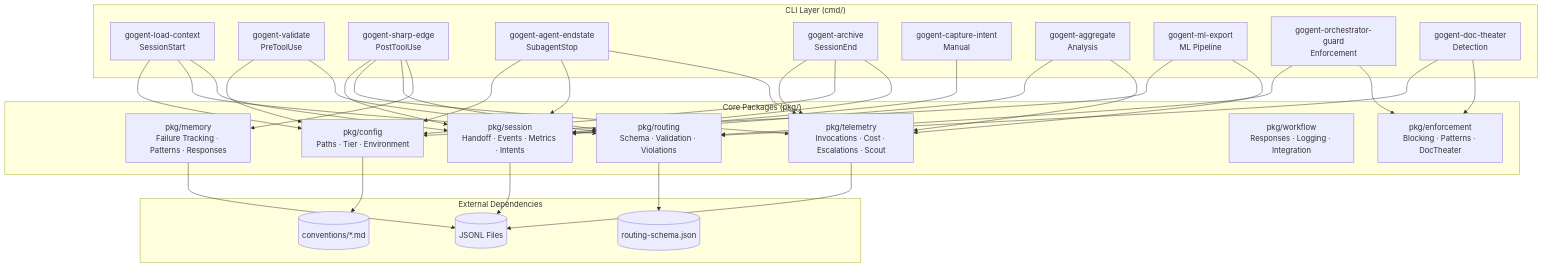
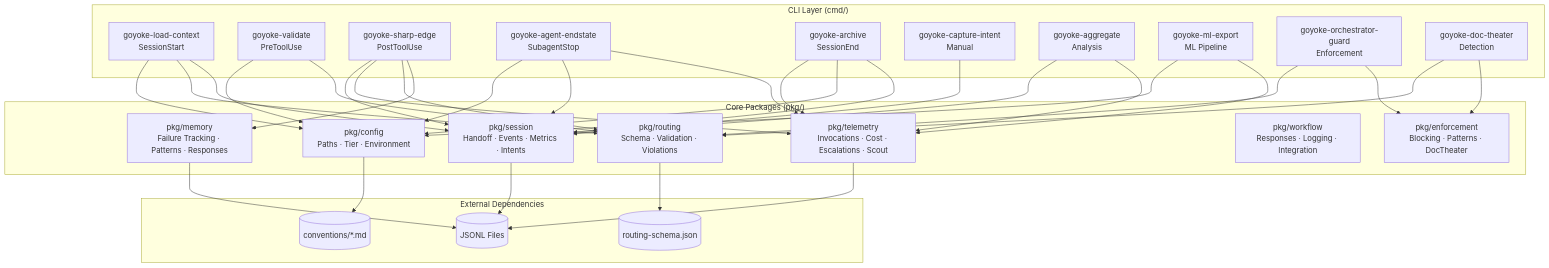
Before and after one commit to Bucket-Chemist/goYoke: the second of 6 diagrams in docs/systems-architecture-overview.md, drawn with Mermaid. The commit also changed other lines of this file and 90 other files, not shown here.

````diff
--- a/docs/systems-architecture-overview.md
+++ b/docs/systems-architecture-overview.md
@@ -275,73 +275,73 @@
 ```mermaid
 graph TD
     subgraph "CLI Layer (cmd/)"
-        loadcontext[gogent-load-context<br/>SessionStart]
-        validate[gogent-validate<br/>PreToolUse]
-        sharpedge[gogent-sharp-edge<br/>PostToolUse]
-        endstate[gogent-agent-endstate<br/>SubagentStop]
-        archive[gogent-archive<br/>SessionEnd]
-        intent[gogent-capture-intent<br/>Manual]
-        aggregate[gogent-aggregate<br/>Analysis]
-        mlexport[gogent-ml-export<br/>ML Pipeline]
-        orchguard[gogent-orchestrator-guard<br/>Enforcement]
-        doctheater[gogent-doc-theater<br/>Detection]
+        loadcontext[goyoke-load-context<br/>SessionStart]
+        validate[goyoke-validate<br/>PreToolUse]
+        sharpedge[goyoke-sharp-edge<br/>PostToolUse]
+        endstate[goyoke-agent-endstate<br/>SubagentStop]
+        archive[goyoke-archive<br/>SessionEnd]
+        intent[goyoke-capture-intent<br/>Manual]
+        aggregate[goyoke-aggregate<br/>Analysis]
+        mlexport[goyoke-ml-export<br/>ML Pipeline]
+        orchguard[goyoke-orchestrator-guard<br/>Enforcement]
+        doctheater[goyoke-doc-theater<br/>Detection]
     end
 
     subgraph "Core Packages (pkg/)"
         routing[pkg/routing<br/>Schema · Validation · Violations]
         session[pkg/session<br/>Handoff · Events · Metrics · Intents]
         memory[pkg/memory<br/>Failure Tracking · Patterns · Responses]
         telemetry[pkg/telemetry<br/>Invocations · Cost · Escalations · Scout]
         config[pkg/config<br/>Paths · Tier · Environment]
         workflow[pkg/workflow<br/>Responses · Logging · Integration]
         enforcement[pkg/enforcement<br/>Blocking · Patterns · DocTheater]
     end
 
     subgraph "External Dependencies"
         schema[(routing-schema.json)]
         jsonl[(JSONL Files)]
         conventions[(conventions/*.md)]
     end
 
     %% CLI to Package mappings
     loadcontext --> session
     loadcontext --> routing
     loadcontext --> config
 
     validate --> routing
     validate --> config
 
     sharpedge --> memory
     sharpedge --> routing
     sharpedge --> telemetry
     sharpedge --> session
 
     endstate --> telemetry
     endstate --> session
     endstate --> config
 
     archive --> session
     archive --> config
     archive --> telemetry
 
     intent --> session
 
     aggregate --> telemetry
     aggregate --> session
 
     mlexport --> telemetry
     mlexport --> config
 
     orchguard --> enforcement
     orchguard --> routing
 
     doctheater --> enforcement
     doctheater --> routing
 
     %% Package to Data mappings
     routing --> schema
     session --> jsonl
     memory --> jsonl
     telemetry --> jsonl
     config --> conventions
 ```
````
